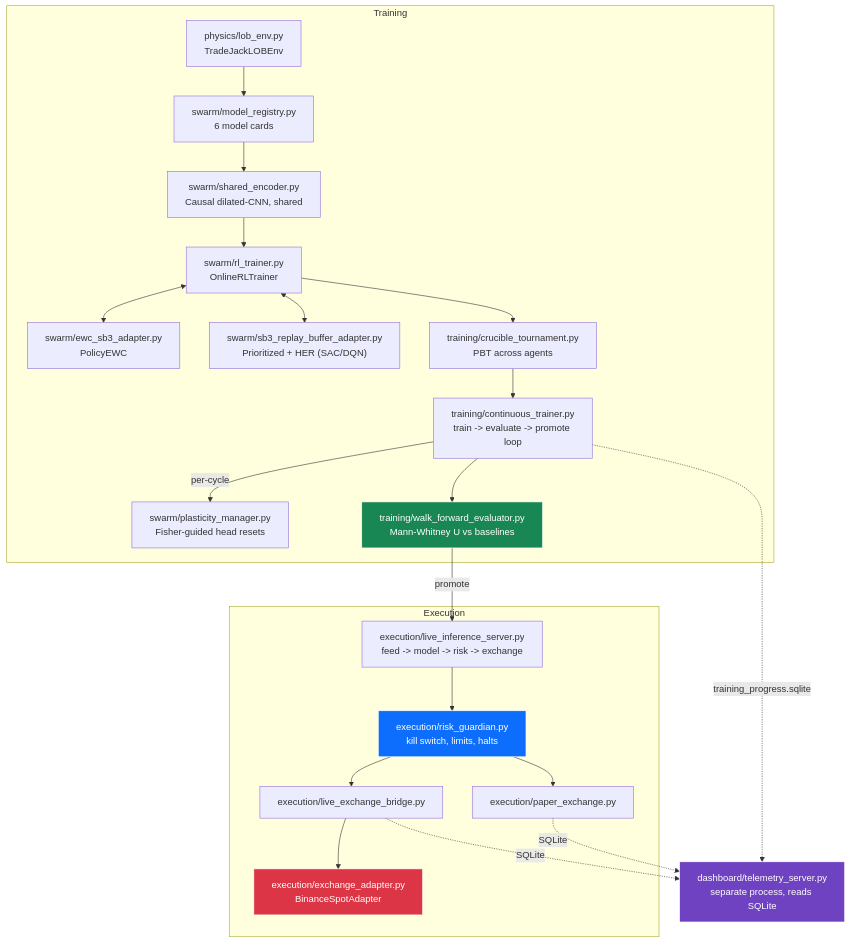
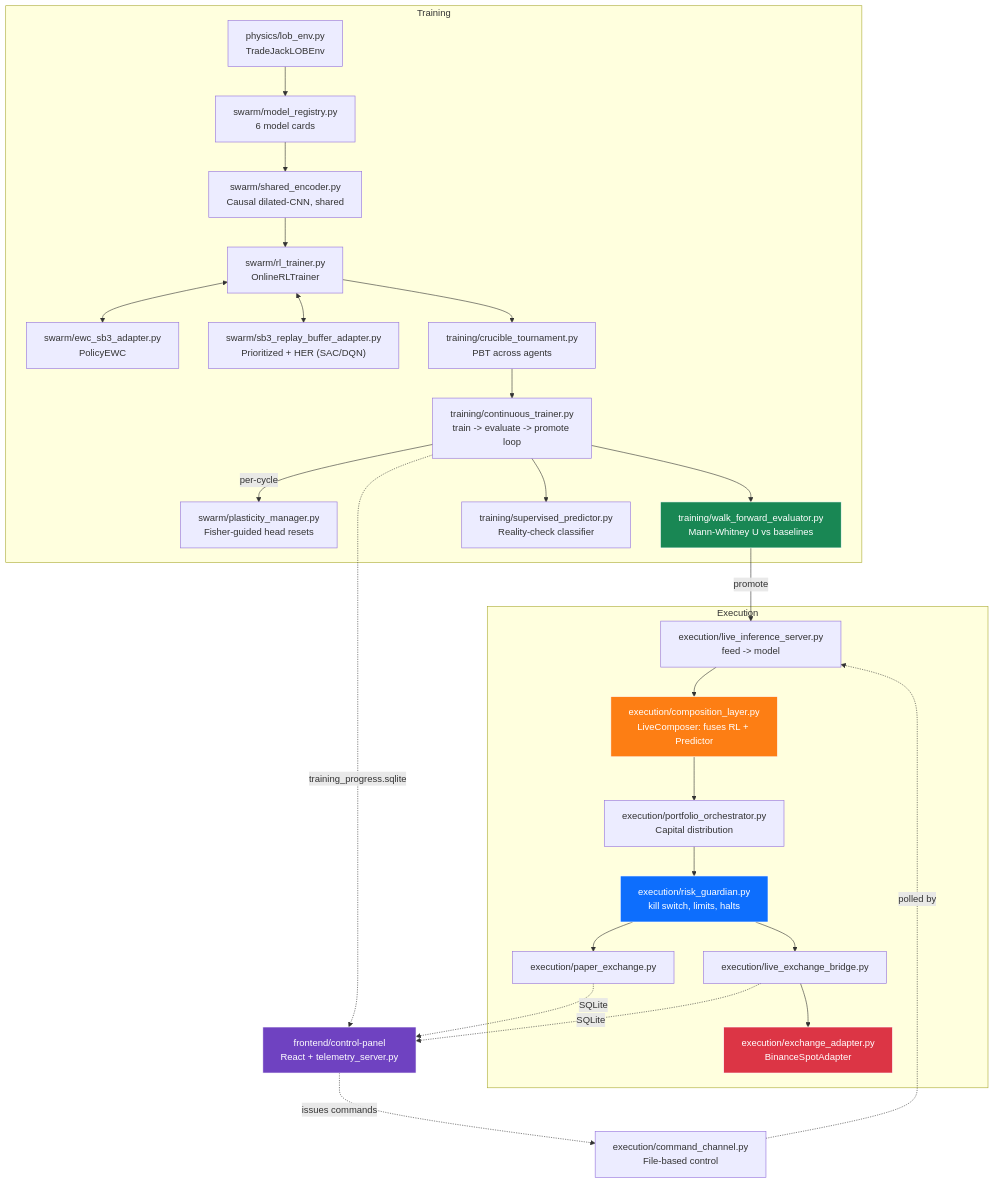
One commit to priyanshu-ogdev/TradeJack changed the diagram in docs/ARCHITECTURE.md. Above: the diagram before and after it, drawn with Mermaid. The commit also changed other lines of this file and 1 other file, not shown here.

Commit message:
docs: upgrade README and ARCHITECTURE to reflect latest design (composition layer, control panel, supervisor)

````diff
--- a/docs/ARCHITECTURE.md
+++ b/docs/ARCHITECTURE.md
@@ -27,44 +27,54 @@
 ```mermaid
 graph TD
     subgraph "Training"
         ENV["physics/lob_env.py<br/>TradeJackLOBEnv"]
         REG["swarm/model_registry.py<br/>6 model cards"]
         ENC["swarm/shared_encoder.py<br/>Causal dilated-CNN, shared"]
         TRAIN["swarm/rl_trainer.py<br/>OnlineRLTrainer"]
         EWC["swarm/ewc_sb3_adapter.py<br/>PolicyEWC"]
         BUF["swarm/sb3_replay_buffer_adapter.py<br/>Prioritized + HER (SAC/DQN)"]
         PLAST["swarm/plasticity_manager.py<br/>Fisher-guided head resets"]
         TOUR["training/crucible_tournament.py<br/>PBT across agents"]
         CONT["training/continuous_trainer.py<br/>train -> evaluate -> promote loop"]
         EVAL["training/walk_forward_evaluator.py<br/>Mann-Whitney U vs baselines"]
+        PRED["training/supervised_predictor.py<br/>Reality-check classifier"]
     end
 
     subgraph "Execution"
-        LIS["execution/live_inference_server.py<br/>feed -> model -> risk -> exchange"]
+        LIS["execution/live_inference_server.py<br/>feed -> model"]
+        COMP["execution/composition_layer.py<br/>LiveComposer: fuses RL + Predictor"]
+        ORCH["execution/portfolio_orchestrator.py<br/>Capital distribution"]
         RISK["execution/risk_guardian.py<br/>kill switch, limits, halts"]
         PAPER["execution/paper_exchange.py"]
         BRIDGE["execution/live_exchange_bridge.py"]
         REAL["execution/exchange_adapter.py<br/>BinanceSpotAdapter"]
     end
 
-    DASH["dashboard/telemetry_server.py<br/>separate process, reads SQLite"]
+    DASH["frontend/control-panel<br/>React + telemetry_server.py"]
+    CMD["execution/command_channel.py<br/>File-based control"]
 
     ENV --> REG --> ENC --> TRAIN
     TRAIN <--> EWC
     TRAIN <--> BUF
     TRAIN --> TOUR --> CONT --> EVAL
     EVAL -->|"promote"| LIS
     CONT -->|"per-cycle"| PLAST
+    CONT --> PRED
 
-    LIS --> RISK --> PAPER
+    LIS --> COMP --> ORCH --> RISK
+    RISK --> PAPER
     RISK --> BRIDGE --> REAL
 
     PAPER -.->|"SQLite"| DASH
     BRIDGE -.->|"SQLite"| DASH
     CONT -.->|"training_progress.sqlite"| DASH
+    
+    DASH -.->|"issues commands"| CMD
+    CMD -.->|"polled by"| LIS
 
     style EVAL fill:#198754,stroke:#fff,color:#fff
+    style COMP fill:#fd7e14,stroke:#fff,color:#fff
     style RISK fill:#0d6efd,stroke:#fff,color:#fff
     style REAL fill:#dc3545,stroke:#fff,color:#fff
     style DASH fill:#6f42c1,stroke:#fff,color:#fff
 ```
````
